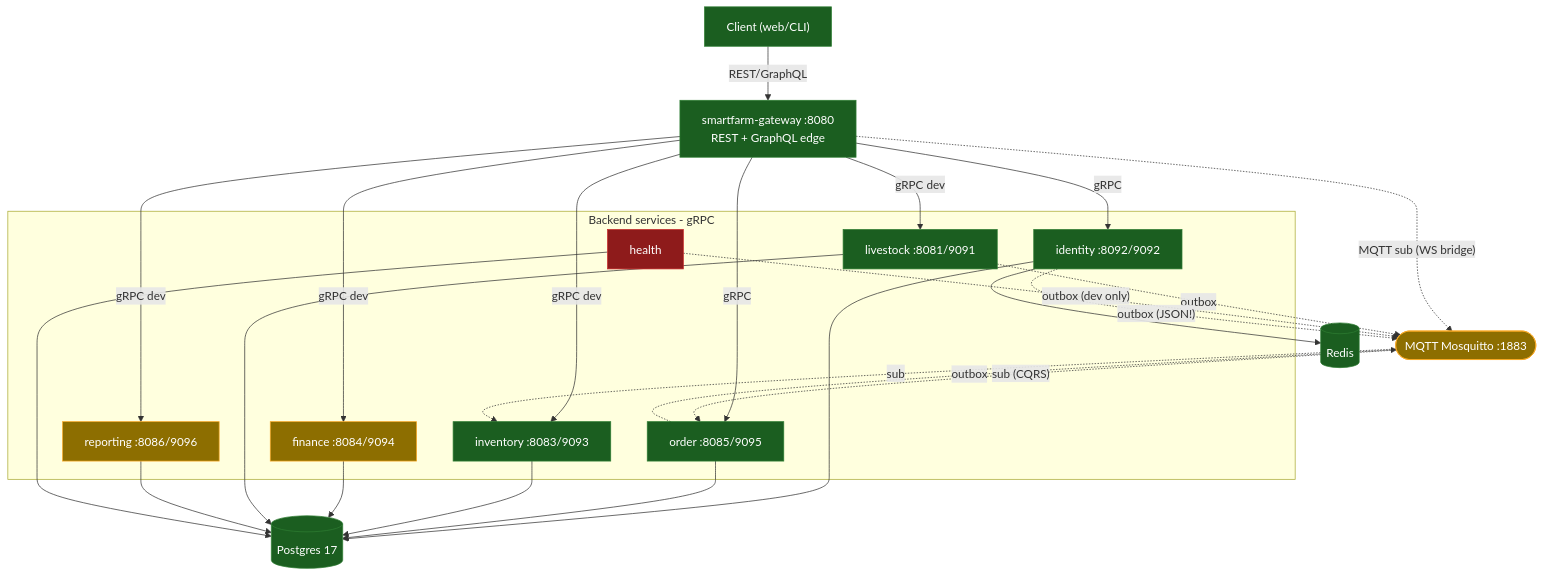
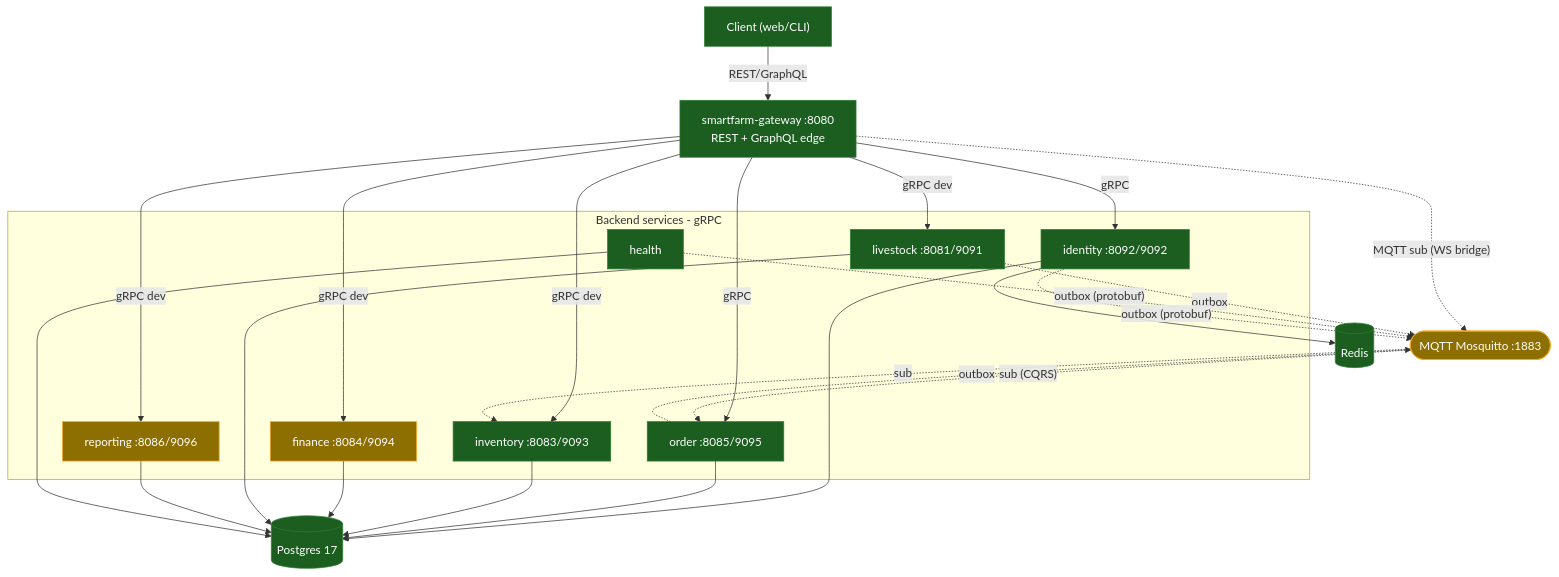
Before and after one commit to hatrongvu13/smartfarm-platform-maven-starter: the first of 7 diagrams in docs/architecture/system-overview.md, drawn with Mermaid. The commit also changed other lines of this file and 2 other files, not shown here.

````diff
--- a/docs/architecture/system-overview.md
+++ b/docs/architecture/system-overview.md
@@ -15,37 +15,37 @@
 ```mermaid
 flowchart TB
   client["Client (web/CLI)"]:::ok
   gw["smartfarm-gateway :8080<br/>REST + GraphQL edge"]:::ok
   broker(["MQTT Mosquitto :1883"]):::partial
   subgraph services[Backend services - gRPC]
     id["identity :8092/9092"]:::ok
     ord["order :8085/9095"]:::ok
     inv["inventory :8083/9093"]:::ok
     fin["finance :8084/9094"]:::partial
     liv["livestock :8081/9091"]:::ok
     rep["reporting :8086/9096"]:::partial
-    hea["health"]:::missing
+    hea["health"]:::ok
   end
   pg[("Postgres 17")]:::ok
   redis[("Redis")]:::ok
   client -->|REST/GraphQL| gw
   gw -->|gRPC| id
   gw -->|gRPC| ord
   gw -->|gRPC dev| inv
   gw -->|gRPC dev| liv
   gw -->|gRPC dev| rep
   gw -->|gRPC dev| fin
   gw -. "MQTT sub (WS bridge)" .-> broker
   id & ord & inv & fin & liv & rep & hea --> pg
   id --> redis
   ord -. outbox .-> broker
   liv -. outbox .-> broker
-  hea -. "outbox (dev only)" .-> broker
-  id -. "outbox (JSON!)" .-> broker
+  hea -. "outbox (protobuf)" .-> broker
+  id -. "outbox (protobuf)" .-> broker
   broker -. sub .-> inv
   broker -. "sub (CQRS)" .-> ord
   classDef ok fill:#1b5e20,color:#fff,stroke:#2e7d32;
   classDef partial fill:#8d6e00,color:#fff,stroke:#f9a825;
   classDef missing fill:#8e1b1b,color:#fff,stroke:#c62828;
   classDef planned fill:#424242,color:#fff,stroke:#757575;
 ```
````
